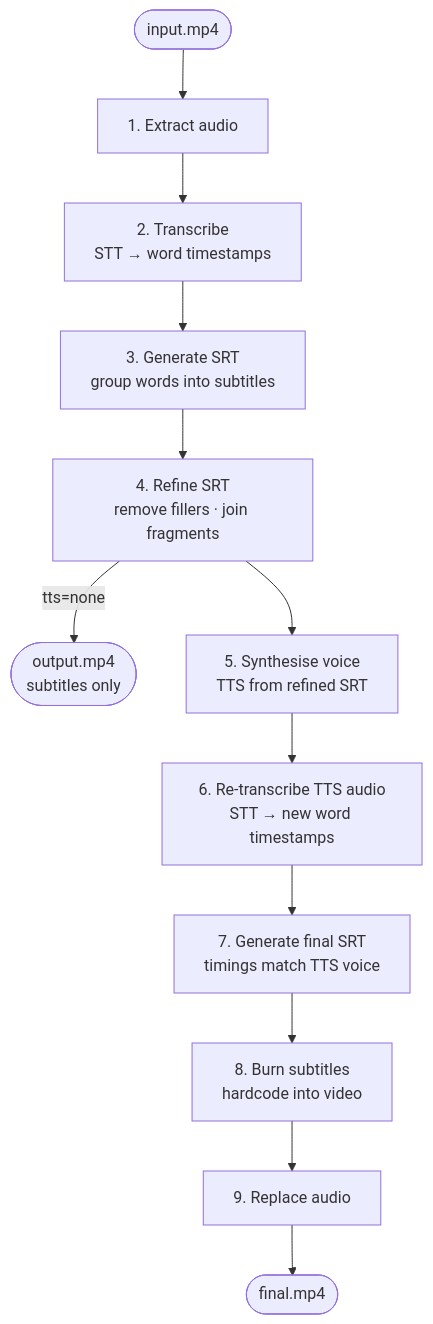
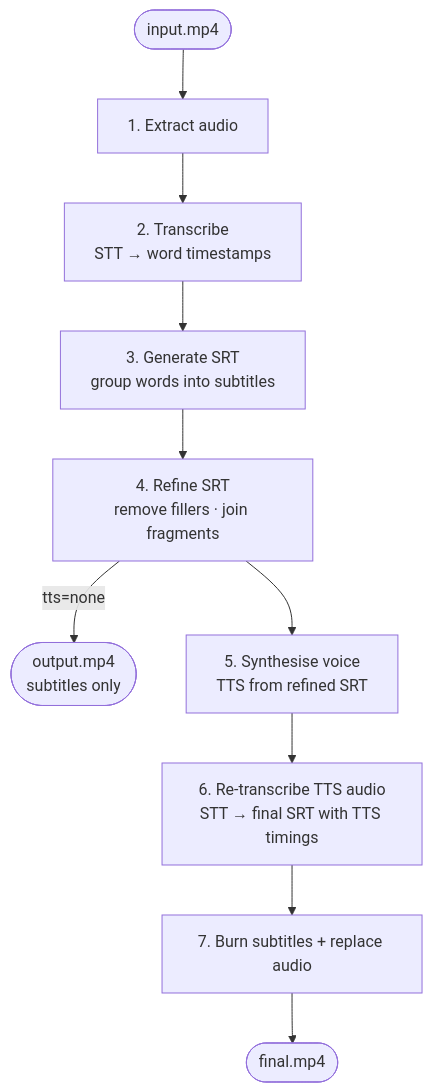
The diagram in README.md (edugonza/demo-movier), drawn with Mermaid before and after one commit. The commit also changed other lines of this file, not shown here.

````diff
--- a/README.md
+++ b/README.md
@@ -11,16 +11,14 @@
 ```mermaid
 flowchart TD
     A([input.mp4]) --> B[1. Extract audio]
     B --> C[2. Transcribe\nSTT → word timestamps]
     C --> D[3. Generate SRT\ngroup words into subtitles]
     D --> E[4. Refine SRT\nremove fillers · join fragments]
 
     E -->|tts=none| Z([output.mp4\nsubtitles only])
 
     E --> F[5. Synthesise voice\nTTS from refined SRT]
-    F --> G[6. Re-transcribe TTS audio\nSTT → new word timestamps]
-    G --> H[7. Generate final SRT\ntimings match TTS voice]
-    H --> I[8. Burn subtitles\nhardcode into video]
-    I --> J[9. Replace audio]
-    J --> K([final.mp4])
+    F --> G[6. Re-transcribe TTS audio\nSTT → final SRT with TTS timings]
+    G --> H[7. Burn subtitles + replace audio]
+    H --> K([final.mp4])
 ```
````
